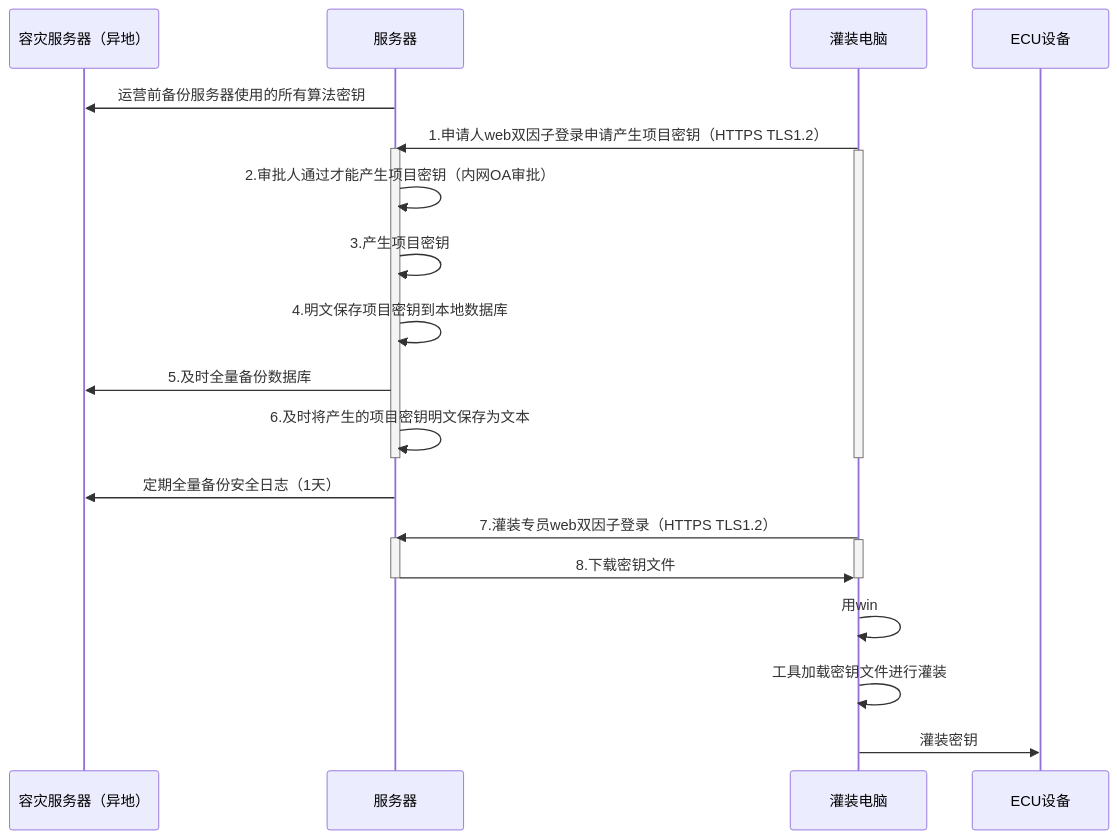
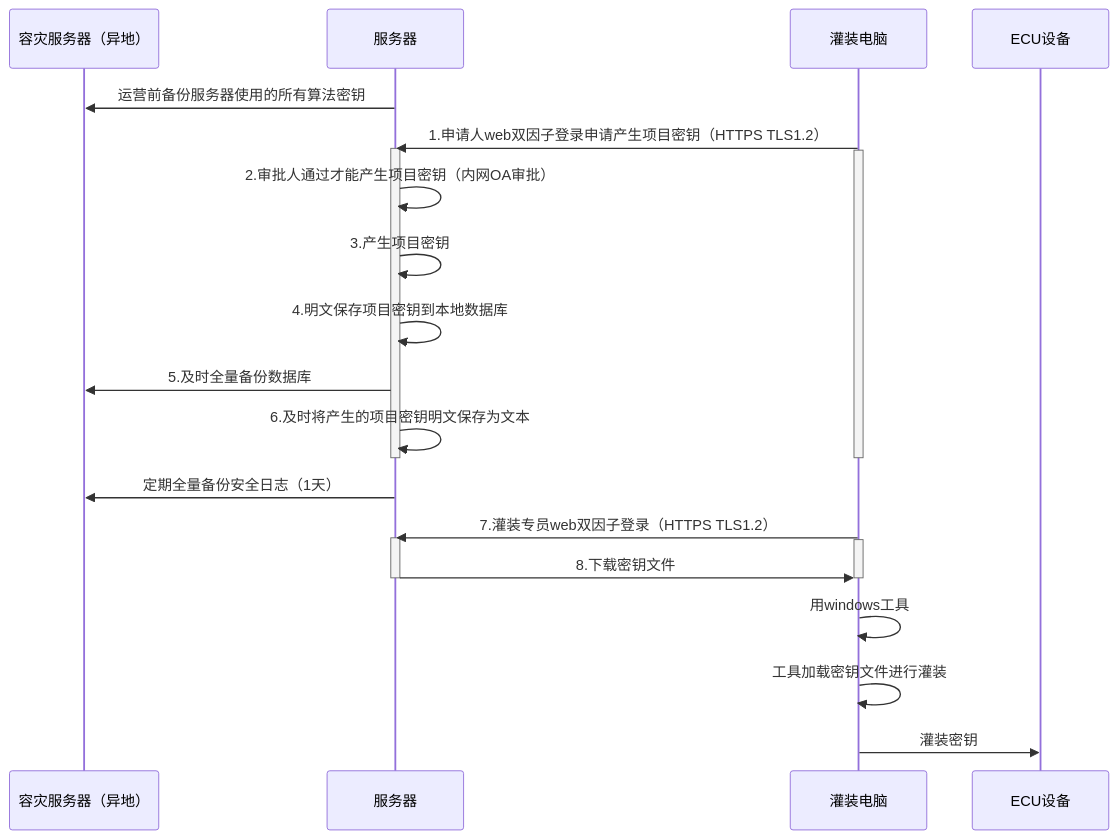
Before and after one commit to facebook-cloud/iodraw-files: the diagram in all/未命名-17.md, drawn with Mermaid.

Commit message:
2026-03-05 20:53:46 update

````diff
--- a/all/未命名-17.md
+++ b/all/未命名-17.md
@@ -1,33 +1,33 @@
 ```mermaid
 sequenceDiagram
     participant A as 容灾服务器（异地）
     participant B as 服务器
     participant D as 灌装电脑
     participant E as ECU设备
 
     B->>A: 运营前备份服务器使用的所有算法密钥
     D->>B: 1.申请人web双因子登录申请产生项目密钥（HTTPS TLS1.2）
     activate B
     activate D
     B->>B: 2.审批人通过才能产生项目密钥（内网OA审批）
     B->>B: 3.产生项目密钥
     B->>B: 4.明文保存项目密钥到本地数据库
     B->>A: 5.及时全量备份数据库
     B->>B: 6.及时将产生的项目密钥明文保存为文本
     deactivate B
     deactivate D
 
     B->>A: 定期全量备份安全日志（1天）
     
     D->>B: 7.灌装专员web双因子登录（HTTPS TLS1.2）
     activate B
     activate D
     B->>D: 8.下载密钥文件
     deactivate B
     deactivate D
 
-    D->>D:用win
+    D->>D:用windows工具
     D->>D:工具加载密钥文件进行灌装
     
     D->>E: 灌装密钥
 ```
````
